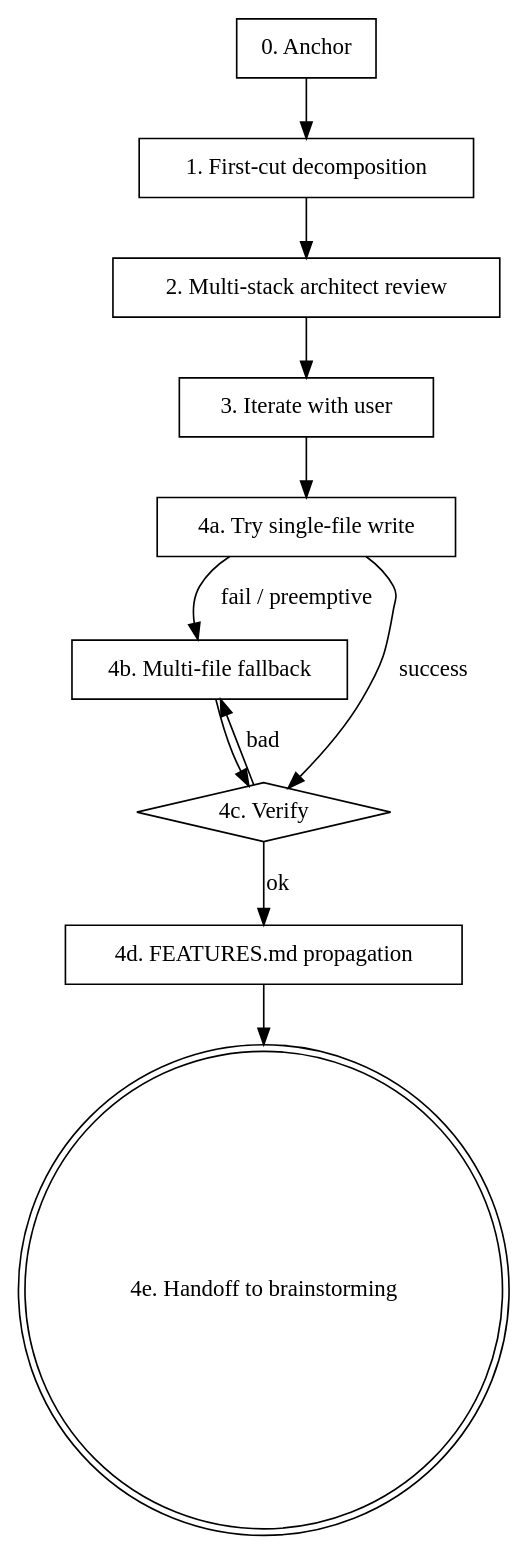
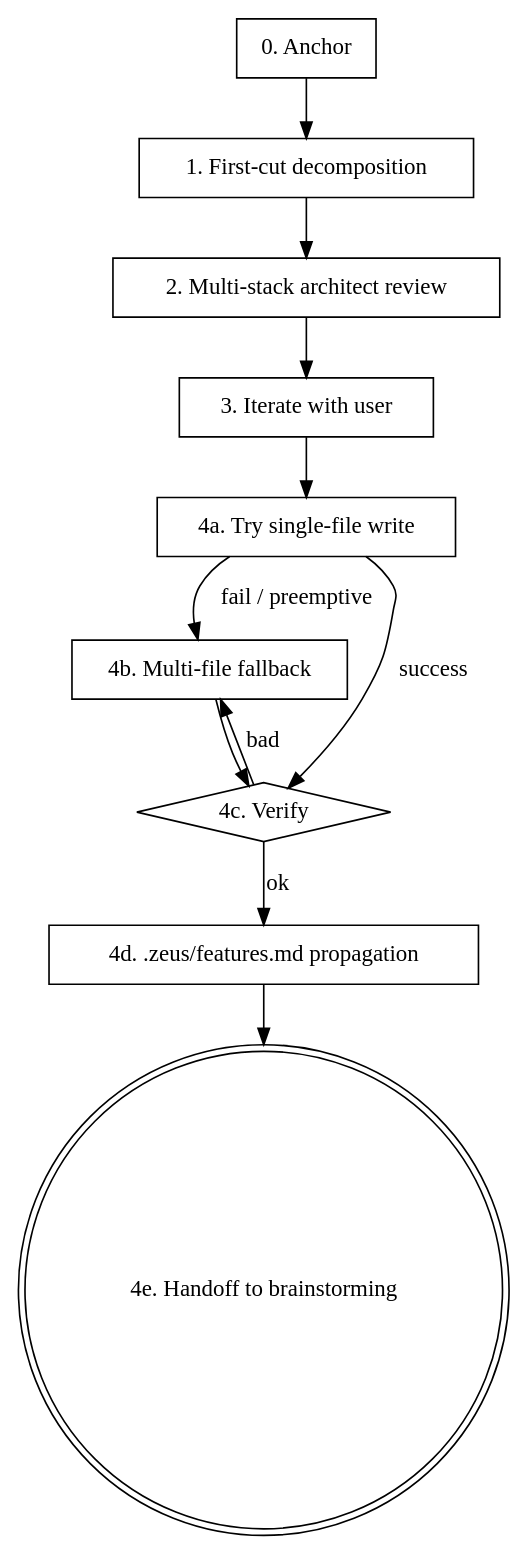
One commit to rainhan99/zeus changed the diagram in skills/decompose-large-projects/SKILL.md. Above: the diagram before and after it, drawn with Graphviz. The commit also changed other lines of this file and 10 other files, not shown here.

````diff
--- a/skills/decompose-large-projects/SKILL.md
+++ b/skills/decompose-large-projects/SKILL.md
@@ -97,24 +97,24 @@
 ```dot
 digraph decompose {
   anchor [label="0. Anchor", shape=box];
   cut [label="1. First-cut decomposition", shape=box];
   arch [label="2. Multi-stack architect review", shape=box];
   iter [label="3. Iterate with user", shape=box];
   lock4a [label="4a. Try single-file write", shape=box];
   fallback [label="4b. Multi-file fallback", shape=box];
   verify [label="4c. Verify", shape=diamond];
-  features [label="4d. FEATURES.md propagation", shape=box];
+  features [label="4d. .zeus/features.md propagation", shape=box];
   handoff [label="4e. Handoff to brainstorming", shape=doublecircle];
 
   anchor -> cut;
   cut -> arch;
   arch -> iter;
   iter -> lock4a;
   lock4a -> verify [label="success"];
   lock4a -> fallback [label="fail / preemptive"];
   fallback -> verify;
   verify -> features [label="ok"];
   verify -> fallback [label="bad"];
   features -> handoff;
 }
 ```
````
